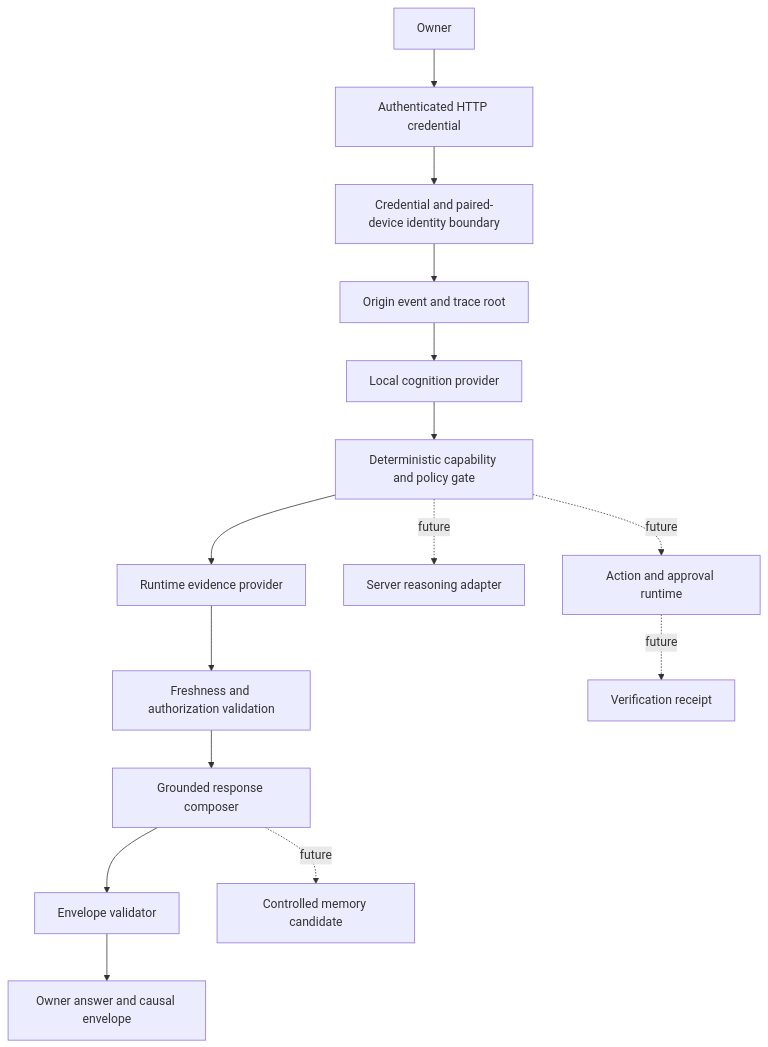
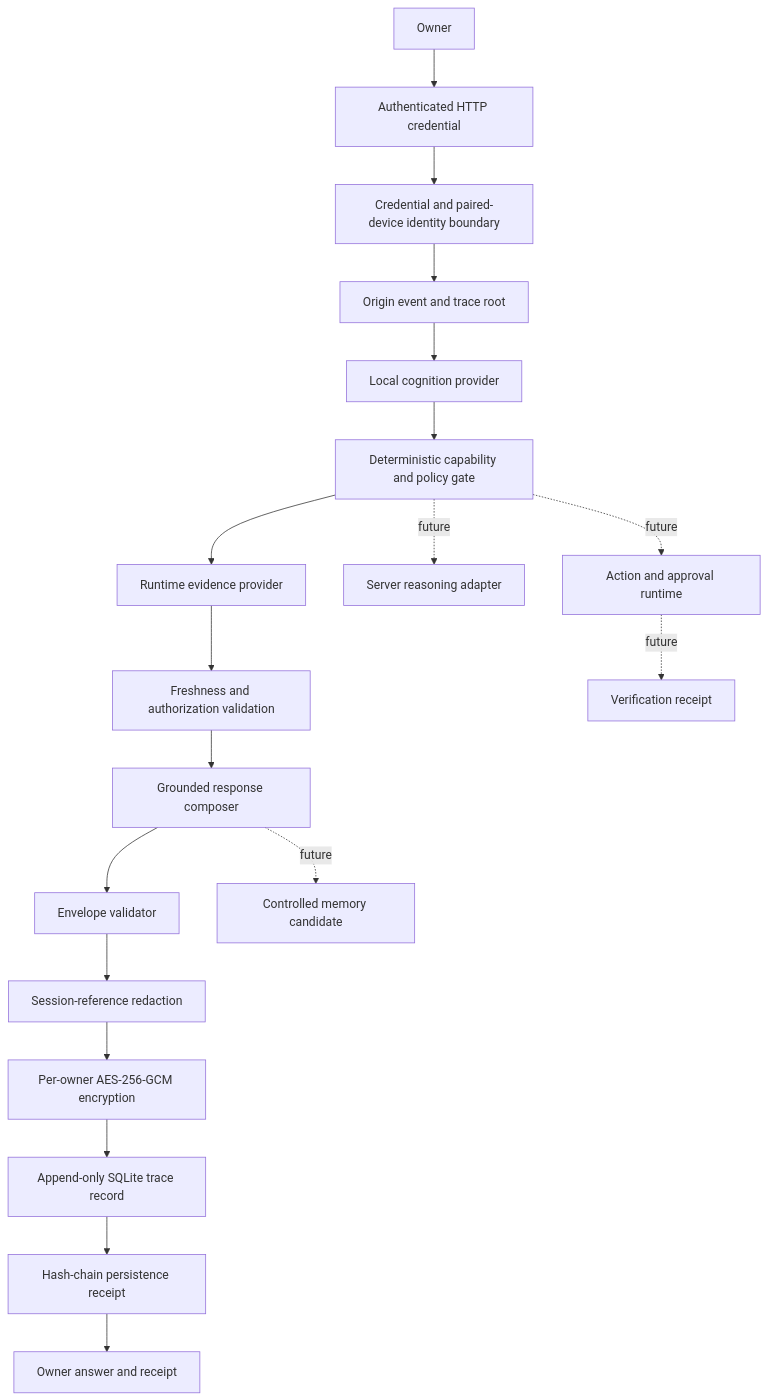
One commit to selmer512/mira changed the diagram in docs/greenfield/FOUNDATION.md. Above: the diagram before and after it, drawn with Mermaid. The commit also changed other lines of this file, not shown here.

Commit message:
docs(greenfield): document tested encrypted trace persistence and purge

````diff
--- a/docs/greenfield/FOUNDATION.md
+++ b/docs/greenfield/FOUNDATION.md
@@ -74,17 +92,21 @@
 ```mermaid
 flowchart TD
   O[Owner] --> K[Authenticated HTTP credential]
   K --> I[Credential and paired-device identity boundary]
   I --> T[Origin event and trace root]
   T --> R[Local cognition provider]
   R --> P[Deterministic capability and policy gate]
   P --> E[Runtime evidence provider]
   E --> F[Freshness and authorization validation]
   F --> RESP[Grounded response composer]
   RESP --> V[Envelope validator]
-  V --> OUT[Owner answer and causal envelope]
+  V --> REDACT[Session-reference redaction]
+  REDACT --> ENC[Per-owner AES-256-GCM encryption]
+  ENC --> STORE[Append-only SQLite trace record]
+  STORE --> RECEIPT[Hash-chain persistence receipt]
+  RECEIPT --> OUT[Owner answer and receipt]
   P -. future .-> SR[Server reasoning adapter]
   P -. future .-> A[Action and approval runtime]
   A -. future .-> VR[Verification receipt]
   RESP -. future .-> M[Controlled memory candidate]
 ```
````
